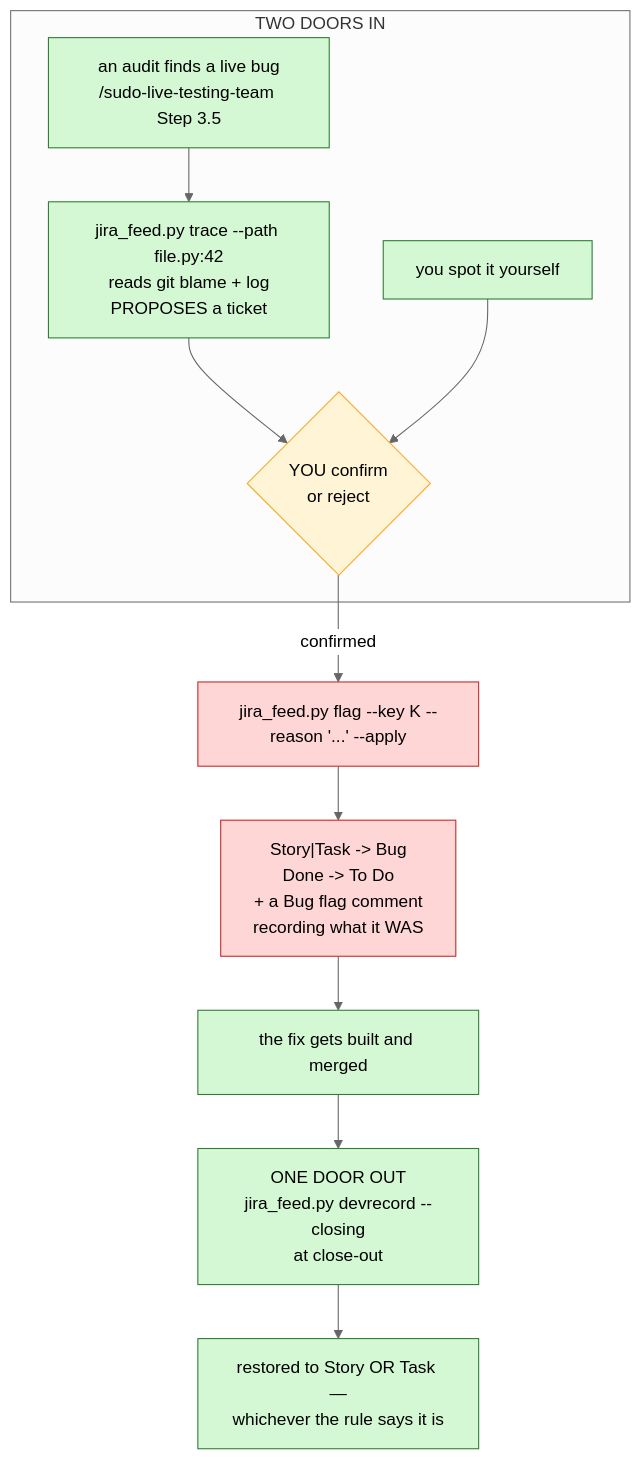
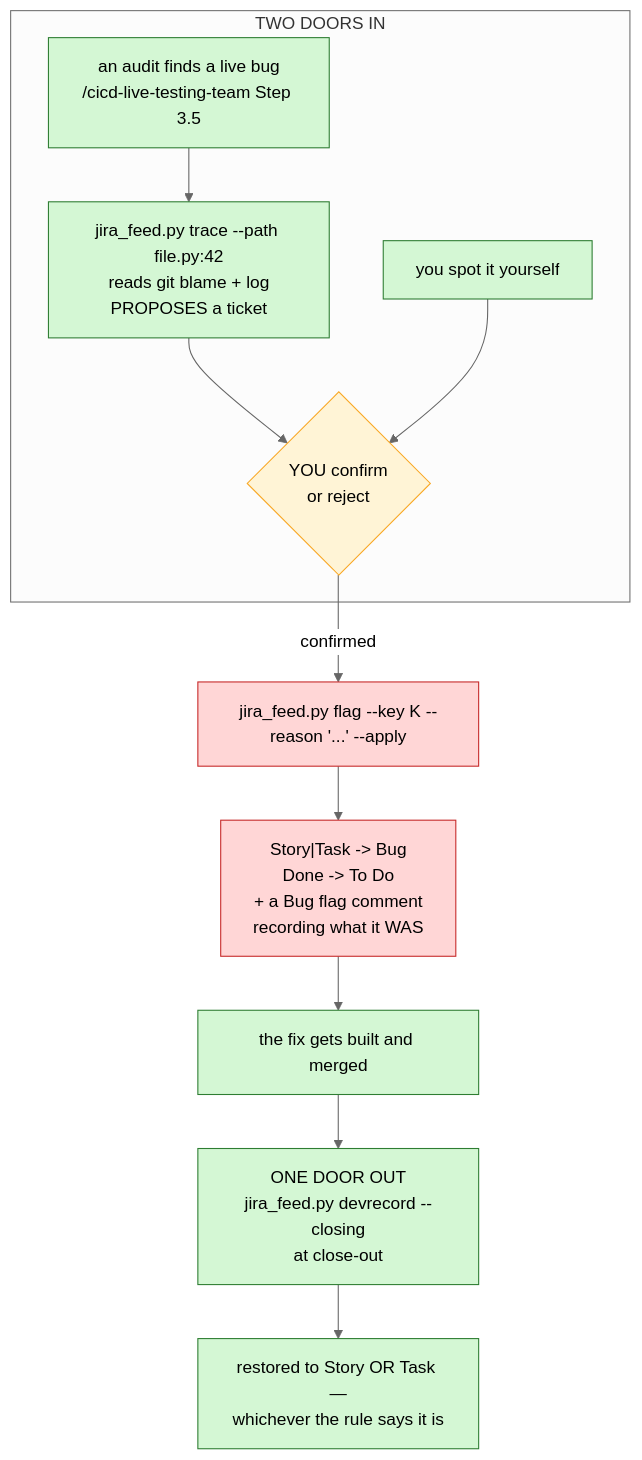
One commit to sudomadhatter/Sudo_Hatter_Command changed the fifth of 9 diagrams in _my_resources/diagrams_guides/system/jira_integration_guide.md. Above: the diagram before and after it, drawn with Mermaid (neutral theme). The commit also changed other lines of this file and 402 other files, not shown here.

````diff
--- a/_my_resources/diagrams_guides/system/jira_integration_guide.md
+++ b/_my_resources/diagrams_guides/system/jira_integration_guide.md
@@ -260,20 +260,20 @@
 ```mermaid
 flowchart TD
     subgraph IN ["TWO DOORS IN"]
-        A["an audit finds a live bug\n/sudo-live-testing-team Step 3.5"] --> TR["jira_feed.py trace --path file.py:42\nreads git blame + log\nPROPOSES a ticket"]
+        A["an audit finds a live bug\n/cicd-live-testing-team Step 3.5"] --> TR["jira_feed.py trace --path file.py:42\nreads git blame + log\nPROPOSES a ticket"]
         TR --> YOU{"YOU confirm\nor reject"}
         H["you spot it yourself"] --> YOU
     end
     YOU -->|"confirmed"| FLAG["jira_feed.py flag --key K --reason '...' --apply"]
     FLAG --> STATE["Story|Task -> Bug\nDone -> To Do\n+ a Bug flag comment\nrecording what it WAS"]
     STATE --> FIX["the fix gets built and merged"]
     FIX --> OUT["ONE DOOR OUT\njira_feed.py devrecord --closing\nat close-out"]
     OUT --> BACK["restored to Story OR Task —\nwhichever the rule says it is"]
 
     classDef good fill:#d4f7d4,stroke:#2e7d32,color:#000
     classDef gate fill:#fff4d6,stroke:#f9a825,color:#000
     classDef bad fill:#ffd6d6,stroke:#c62828,color:#000
     class A,H,TR,FIX,OUT,BACK good
     class YOU gate
     class FLAG,STATE bad
 ```
````
